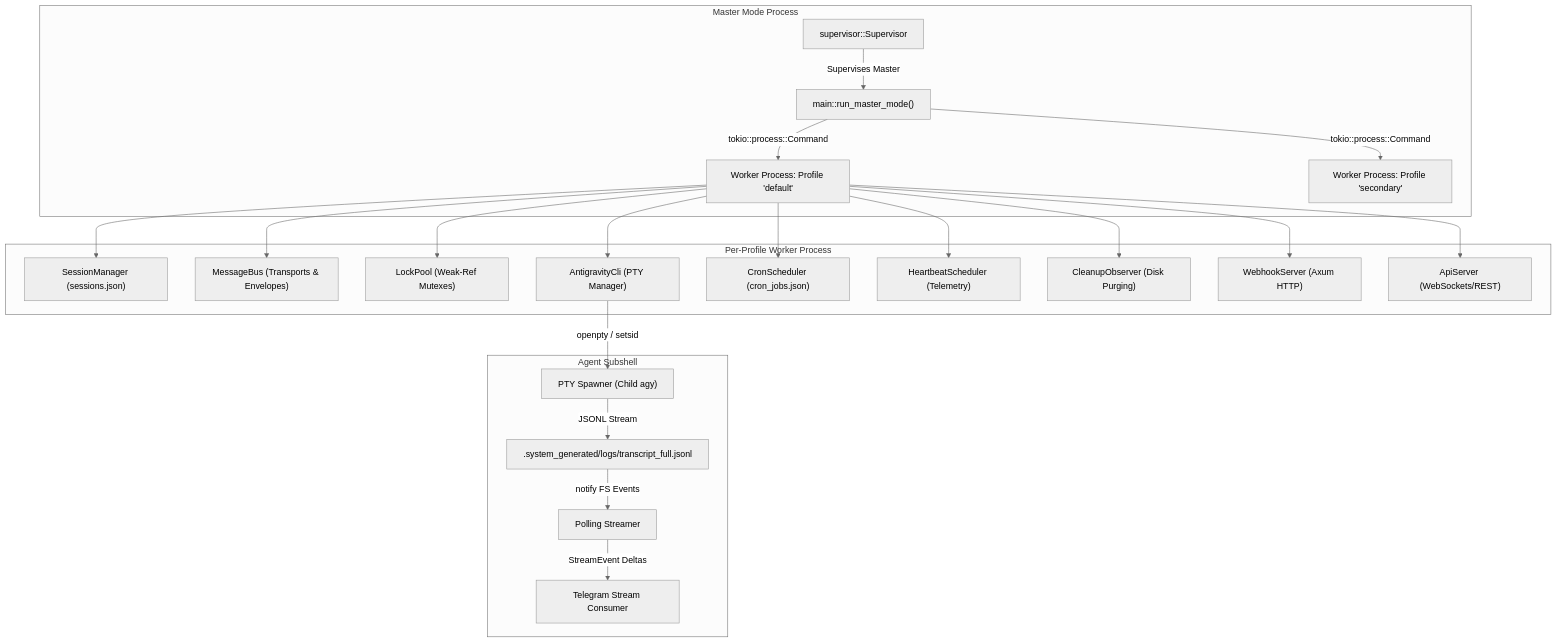
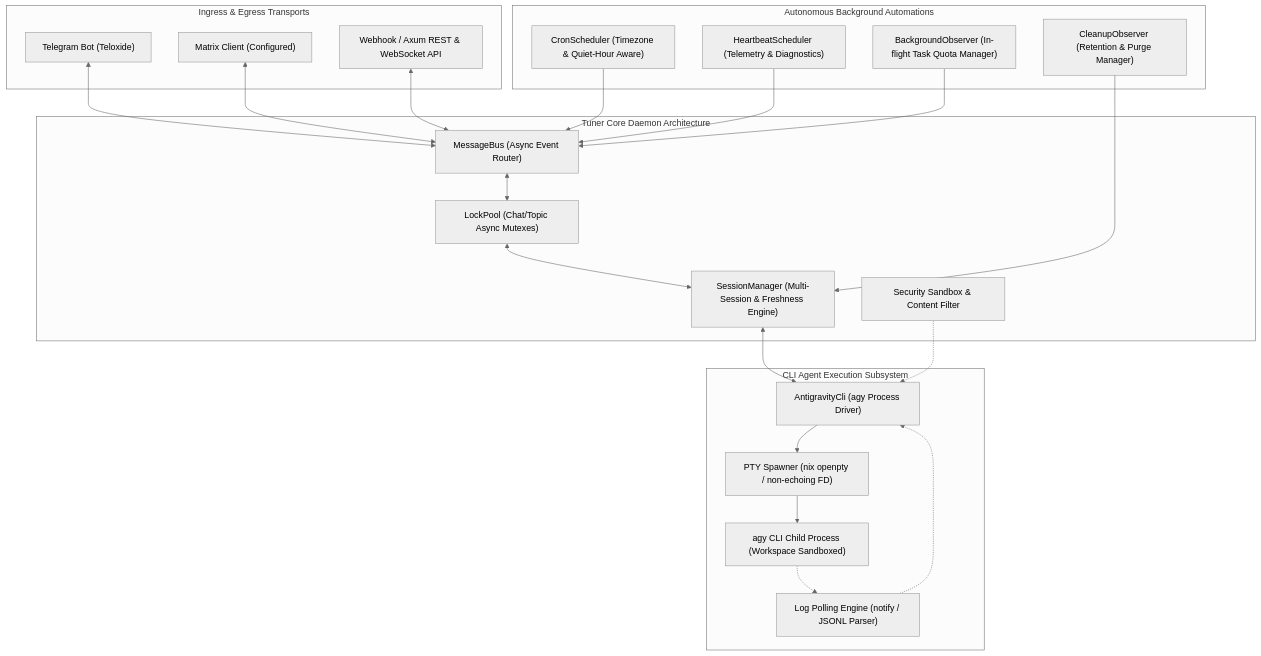
One commit to imwoo90/tuner changed the first of 3 diagrams in README.md. Above: the diagram before and after it, drawn with Mermaid (neutral theme). The commit also changed other lines of this file, not shown here.

Commit message:
docs: adopt dialectically certified architecture specifications with 7 Socratic invariant proofs

````diff
--- a/README.md
+++ b/README.md
@@ -179,27 +179,48 @@
 ```mermaid
-graph TD
-    subgraph Supervisor Plane [Master Mode Process]
-        M["main::run_master_mode()"] -->|tokio::process::Command| W1["Worker Process: Profile 'default'"]
-        M -->|tokio::process::Command| W2["Worker Process: Profile 'secondary'"]
-        S["supervisor::Supervisor"] -->|Supervises Master| M
+flowchart TD
+    subgraph IngressTransports["Ingress & Egress Transports"]
+        TG["Telegram Bot (Teloxide)"]
+        MX["Matrix Client (Configured)"]
+        WH["Webhook / Axum REST & WebSocket API"]
     end
 
-    subgraph Worker Runtime [Per-Profile Worker Process]
-        W1 --> SM["SessionManager (sessions.json)"]
-        W1 --> MB["MessageBus (Transports & Envelopes)"]
-        W1 --> LP["LockPool (Weak-Ref Mutexes)"]
-        W1 --> AGY["AntigravityCli (PTY Manager)"]
-        W1 --> CS["CronScheduler (cron_jobs.json)"]
-        W1 --> HS["HeartbeatScheduler (Telemetry)"]
-        W1 --> CL["CleanupObserver (Disk Purging)"]
-        W1 --> WS["WebhookServer (Axum HTTP)"]
-        W1 --> API["ApiServer (WebSockets/REST)"]
+    subgraph CoreDaemon["Tuner Core Daemon Architecture"]
+        BUS["MessageBus (Async Event Router)"]
+        LOCK["LockPool (Chat/Topic Async Mutexes)"]
+        SESS["SessionManager (Multi-Session & Freshness Engine)"]
+        SEC["Security Sandbox & Content Filter"]
     end
 
-    subgraph Subprocess Execution [Agent Subshell]
-        AGY -->|openpty / setsid| PTY["PTY Spawner (Child agy)"]
-        PTY -->|JSONL Stream| LOG[".system_generated/logs/transcript_full.jsonl"]
-        LOG -->|notify FS Events| POLL["Polling Streamer"]
-        POLL -->|StreamEvent Deltas| STR["Telegram Stream Consumer"]
+    subgraph AutonomousObservers["Autonomous Background Automations"]
+        CRON["CronScheduler (Timezone & Quiet-Hour Aware)"]
+        HB["HeartbeatScheduler (Telemetry & Diagnostics)"]
+        BG["BackgroundObserver (In-flight Task Quota Manager)"]
+        CLN["CleanupObserver (Retention & Purge Manager)"]
     end
+
+    subgraph RuntimeExecution["CLI Agent Execution Subsystem"]
+        CLI["AntigravityCli (agy Process Driver)"]
+        PTY["PTY Spawner (nix openpty / non-echoing FD)"]
+        POLL["Log Polling Engine (notify / JSONL Parser)"]
+        AGY["agy CLI Child Process (Workspace Sandboxed)"]
+    end
+
+    TG <--> BUS
+    MX <--> BUS
+    WH <--> BUS
+
+    BUS <--> LOCK
+    LOCK <--> SESS
+    SESS <--> CLI
+
+    CRON --> BUS
+    HB --> BUS
+    BG --> BUS
+    CLN --> SESS
+
+    CLI --> PTY
+    PTY --> AGY
+    AGY -.-> POLL
+    POLL -.-> CLI
+    SEC -.-> CLI
 ```
````
